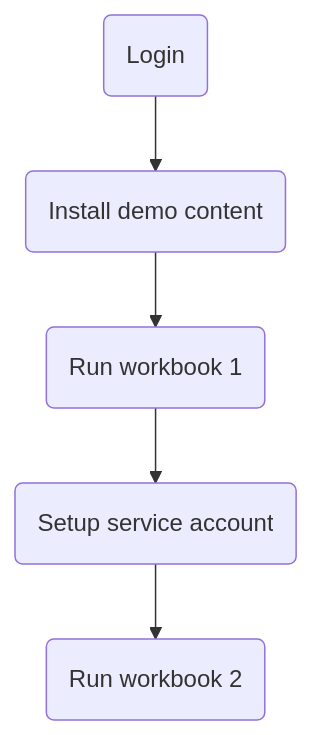
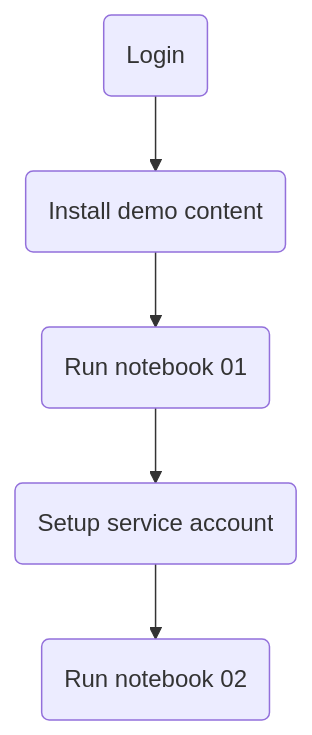
One commit to vijaybala-db/quickstart-llm-rag-demo changed the diagram in README.md. Above: the diagram before and after it, drawn with Mermaid. The commit also changed other lines of this file, not shown here.

````diff
--- a/README.md
+++ b/README.md
@@ -7,7 +7,7 @@
 ```mermaid
 graph TD;
 login(Login) --> install(Install demo content);
-install --> run1(Run workbook 1);
+install --> run1(Run notebook 01);
 run1 --> svc(Setup service account);
-svc --> run2(Run workbook 2);
+svc --> run2(Run notebook 02);
 ```
````
